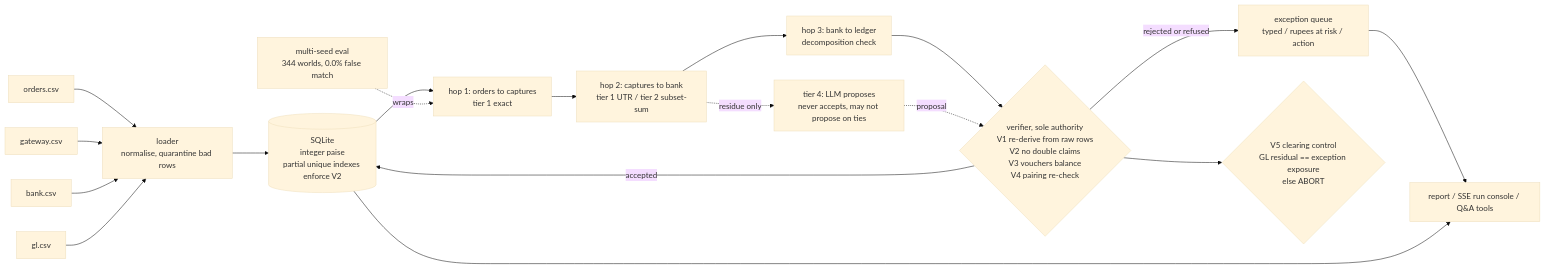
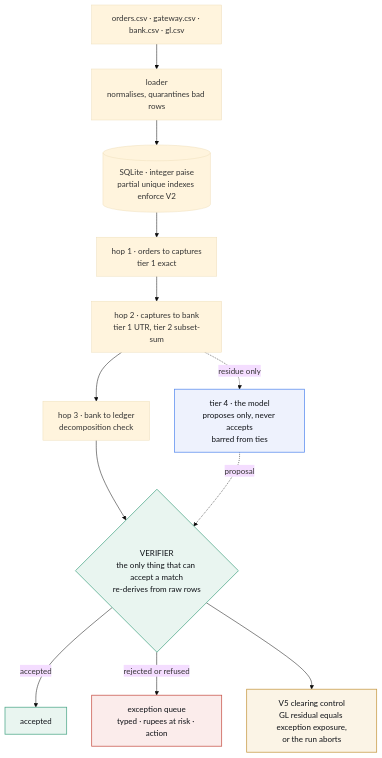
The diagram in README.md (Vyankatesh-Sabu/Recon), drawn with Mermaid (base theme) before and after one commit. The commit also changed other lines of this file and 1 other file, not shown here.

Commit message:
README: a readable architecture diagram; keep video/ out of the repo
The diagram wasn't legible. Two causes, both fixed:

- `flowchart LR` with thirteen multi-line nodes rendered far wider than
  GitHub's ~830px content column, so it was scaled down to unreadable.
  It's `flowchart TB` now, which fits the column at 761px.
- `==` inside the V5 node label and `&` in "Q&A" can break Mermaid's
  parser outright. Both are gone; separators use `&middot;`.

Verified by actually rendering it — Mermaid 11 in a headless browser at
GitHub's column width, checking for a parse error and measuring the SVG —
rather than assuming the syntax was fine.

Also: semantic colour via classDef, so the verifier, the exception queue,
the control and the model each read as their own kind of thing; and the
eight bullets became a table, since each one is a claim paired with its
justification rather than a step in a sequence.

video/ is gitignored. The script, narration, slides, Motion Canvas scenes
and rendered cuts stay on disk — the repo is the submission, and the video
is delivered as a link.

140 tests, 6 gates green.

Claude-Session: https://claude.ai/code/session_01XmaEY36gooiDxf6ePjvjzr

````diff
--- a/README.md
+++ b/README.md
@@ -105,20 +105,31 @@
 ```mermaid
-flowchart LR
-  O["orders.csv"] --> L
-  G["gateway.csv"] --> L
-  B["bank.csv"] --> L
-  J["gl.csv"] --> L
-  L["loader<br/>normalise, quarantine bad rows"] --> DB[("SQLite<br/>integer paise<br/>partial unique indexes enforce V2")]
-  DB --> H1["hop 1: orders to captures<br/>tier 1 exact"]
-  H1 --> H2["hop 2: captures to bank<br/>tier 1 UTR / tier 2 subset-sum"]
-  H2 --> H3["hop 3: bank to ledger<br/>decomposition check"]
-  H3 --> V{"verifier, sole authority<br/>V1 re-derive from raw rows<br/>V2 no double claims<br/>V3 vouchers balance<br/>V4 pairing re-check"}
-  V -->|accepted| DB
-  V -->|rejected or refused| X["exception queue<br/>typed / rupees at risk / action"]
-  V --> C{"V5 clearing control<br/>GL residual == exception exposure<br/>else ABORT"}
-  H2 -.residue only.-> T4["tier 4: LLM proposes<br/>never accepts, may not propose on ties"]
-  T4 -.proposal.-> V
-  X --> R["report / SSE run console / Q&A tools"]
-  DB --> R
-  E["multi-seed eval<br/>344 worlds, 0.0% false match"] -.wraps.-> H1
+flowchart TB
+  SRC["orders.csv &middot; gateway.csv &middot; bank.csv &middot; gl.csv"]
+  LOAD["loader<br/>normalises, quarantines bad rows"]
+  DB[("SQLite &middot; integer paise<br/>partial unique indexes enforce V2")]
+  H1["hop 1 &middot; orders to captures<br/>tier 1 exact"]
+  H2["hop 2 &middot; captures to bank<br/>tier 1 UTR, tier 2 subset-sum"]
+  H3["hop 3 &middot; bank to ledger<br/>decomposition check"]
+  VER{"VERIFIER<br/>the only thing that can accept a match<br/>re-derives from raw rows"}
+  ACC["accepted"]
+  EXC["exception queue<br/>typed &middot; rupees at risk &middot; action"]
+  V5["V5 clearing control<br/>GL residual equals exception exposure,<br/>or the run aborts"]
+  T4["tier 4 &middot; the model<br/>proposes only, never accepts<br/>barred from ties"]
+
+  SRC --> LOAD --> DB --> H1 --> H2 --> H3 --> VER
+  VER -->|accepted| ACC
+  VER -->|rejected or refused| EXC
+  VER --> V5
+  H2 -.->|residue only| T4
+  T4 -.->|proposal| VER
+
+  classDef ok fill:#e9f5f0,stroke:#4ea88a,stroke-width:1.5px,color:#0e1116
+  classDef bad fill:#fbeceb,stroke:#c9564b,stroke-width:1.5px,color:#0e1116
+  classDef ctl fill:#fbf4e6,stroke:#c79a45,stroke-width:1.5px,color:#0e1116
+  classDef model fill:#eef2fd,stroke:#5b8def,stroke-width:1.5px,color:#0e1116
+  class VER ok
+  class ACC ok
+  class EXC bad
+  class V5 ctl
+  class T4 model
 ```
````
